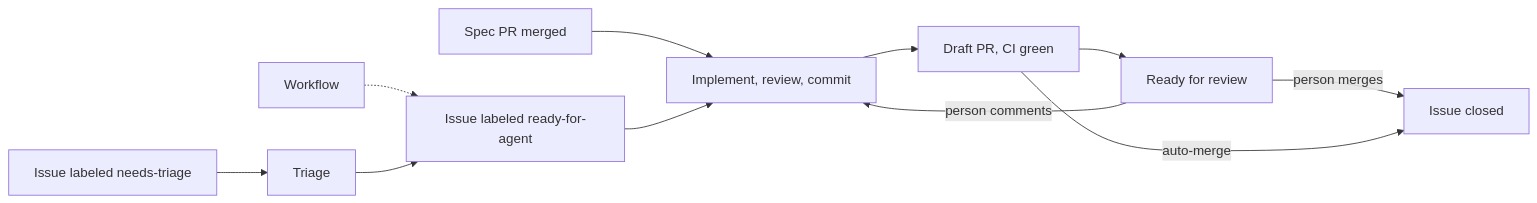
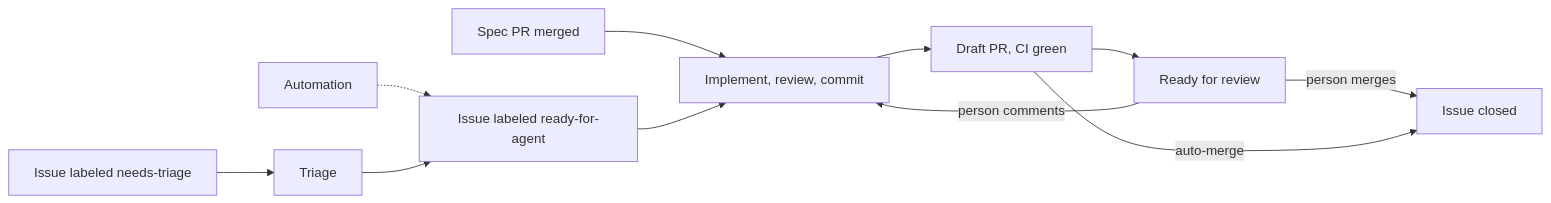
The diagram in docs/specs/product.md (XRafik/linewright), drawn with Mermaid before and after one commit. The commit also changed other lines of this file and 10 other files, not shown here.

````diff
--- a/docs/specs/product.md
+++ b/docs/specs/product.md
@@ -79,13 +79,13 @@
 ```mermaid
 flowchart LR
     spec[Spec PR merged] --> impl[Implement, review, commit]
     issue[Issue labeled needs-triage] --> triage[Triage]
-    workflow[Workflow] -.-> ready
+    automation[Automation] -.-> ready
     triage --> ready[Issue labeled ready-for-agent]
     ready --> impl
     impl --> draft[Draft PR, CI green]
     draft --> review[Ready for review]
     review -- person comments --> impl
     review -- person merges --> done[Issue closed]
     draft -- auto-merge --> done
 ```
````
